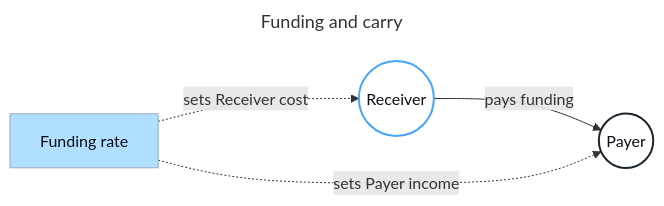
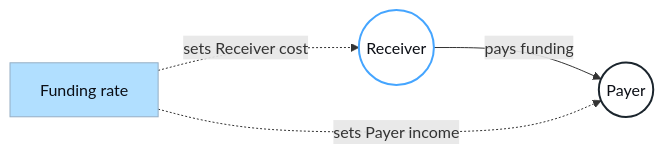
One commit to Null-Solutions/v1-docs changed the diagram in diagrams/funding-carry.mmd. Above: the diagram before and after it, drawn with Mermaid. The commit also changed 24 other files, not shown here.

Commit message:
Update docs diagram assets

```diff
--- a/diagrams/funding-carry.mmd
+++ b/diagrams/funding-carry.mmd
@@ -1,18 +1,15 @@
----
-title: Funding and carry
----
 flowchart LR
   receiver(("Receiver"))
   payer(("Payer"))
   funding["Funding rate"]
 
   receiver -- "pays funding" --> payer
   funding -. "sets Receiver cost" .-> receiver
   funding -. "sets Payer income" .-> payer
 
   classDef receiver fill:#FFFFFF,color:#0B0E15,stroke:#45A5FF,stroke-width:2px;
   classDef payer fill:#FFFFFF,color:#0B0E15,stroke:#1B252D,stroke-width:2px;
   classDef accent fill:#B1DFFF,color:#0B0E15,stroke:#96AEC4,stroke-width:1px;
   class receiver receiver;
   class payer payer;
   class funding accent;
```
